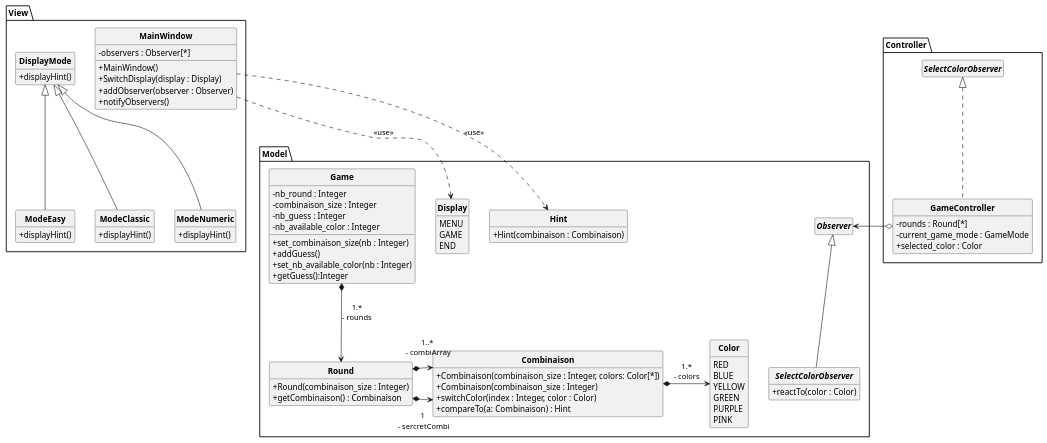
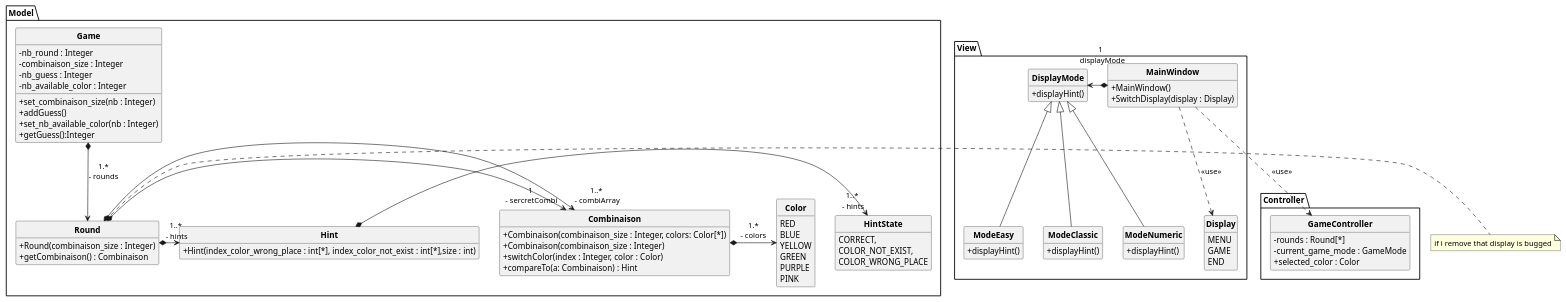
One commit to xeragon/Mastermind changed the diagram in V1/PUML/DCC.puml. Above: the diagram before and after it, drawn with PlantUML. The commit also changed 5 other files, not shown here.

Commit message:
:memo: finition UML et redaction rapport1

```diff
--- a/V1/PUML/DCC.puml
+++ b/V1/PUML/DCC.puml
@@ -1,100 +1,102 @@
 @startuml
 'https://plantuml.com/sequence-diagram
 skinparam classAttributeIconSize 0
 skinparam classFontStyle Bold
 skinparam style strictuml
 hide empty members
 
 package Model{
-    interface Observer{}
-    interface SelectColorObserver implements Observer{
-        + reactTo(color : Color)
-    }
+
 
     class Combinaison {
         + Combinaison(combinaison_size : Integer, colors: Color[*])
         + Combinaison(combinaison_size : Integer)
         + switchColor(index : Integer, color : Color)
         + compareTo(a: Combinaison) : Hint
     }
 
-    enum Display{
-        MENU
-        GAME
-        END
-    }
 
     enum Color {
         RED
         BLUE
         YELLOW
         GREEN
         PURPLE
         PINK
     }
 
+    enum HintState{
+        CORRECT,
+        COLOR_NOT_EXIST,
+        COLOR_WRONG_PLACE
+    }
+
     class Hint {
-        + Hint(combinaison : Combinaison)
+        + Hint(index_color_wrong_place : int[*], index_color_not_exist : int[*],size : int)
     }
 
     class Game {
         - nb_round : Integer
         - combinaison_size : Integer
         - nb_guess : Integer
         - nb_available_color : Integer
         + set_combinaison_size(nb : Integer)
         + addGuess()
         + set_nb_available_color(nb : Integer)
         + getGuess():Integer
     }
 
     class Round {
         + Round(combinaison_size : Integer)
         + getCombinaison() : Combinaison
     }
     Game *--> Round : "1.*\n- rounds"
-    ' Game *-> Combinaison : "1\n- secret_combine"
-    ' Game *-> Combinaison
     Combinaison *-> Color : "1.*\n- colors"
 }
 
 package View {
+    enum Display{
+        MENU
+        GAME
+        END
+    }
     class MainWindow {
-        - observers : Observer[*]
         + MainWindow()
         + SwitchDisplay(display : Display)
-        + addObserver(observer : Observer)
-        + notifyObservers()
+
     }
 
     class DisplayMode {
         + displayHint()
     }
 
     class ModeEasy extends DisplayMode {
       + displayHint()
     }
     class ModeClassic extends DisplayMode {
       + displayHint()
     }
     class ModeNumeric extends DisplayMode {
       + displayHint()
     }
 }
 
 
 package Controller{
-    class GameController implements SelectColorObserver {
+    class GameController {
         - rounds : Round[*]
         - current_game_mode : GameMode
         + selected_color : Color
     }
 }
-GameController o-> Observer
+MainWindow *-> "1 \n displayMode" DisplayMode
 Round *-> " 1 \n - sercretCombi" Combinaison
 Round *-> " 1..* \n - combiArray" Combinaison
+Round *-> " 1..* \n - hints" Hint
+Hint *-> " 1..* \n - hints" HintState
 
-MainWindow ..> Hint: <<use>>
+MainWindow ..> GameController: <<use>>
 MainWindow ..> Display: <<use>>
+note right of Round : if i remove that display is bugged
 
 @enduml
```
